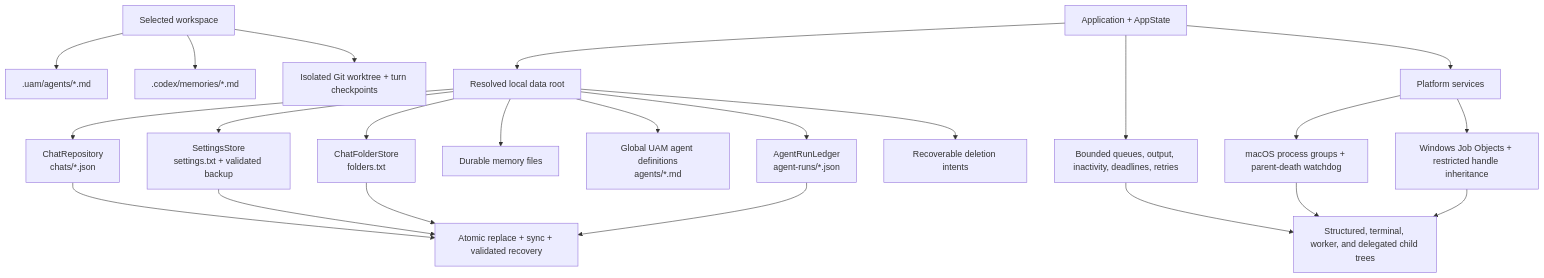
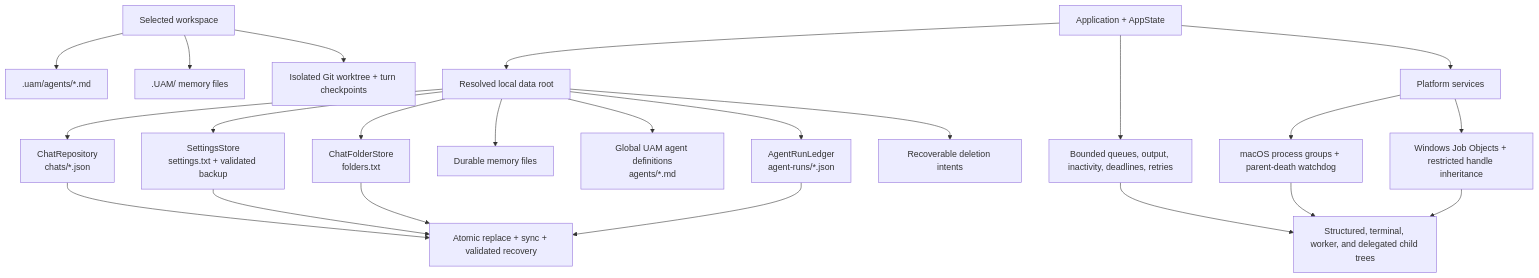
One commit to davidtaylor6130/Universal-Agent-Manager changed the diagram in docs/architecture/architecture_2.mmd. Above: the diagram before and after it, drawn with Mermaid. The commit also changed 138 other files, not shown here.

```diff
--- a/docs/architecture/architecture_2.mmd
+++ b/docs/architecture/architecture_2.mmd
@@ -1,26 +1,26 @@
 flowchart TB
   APP["Application + AppState"] --> DATA["Resolved local data root"]
   DATA --> CHATS["ChatRepository\nchats/*.json"]
   DATA --> SETTINGS["SettingsStore\nsettings.txt + validated backup"]
   DATA --> FOLDERS["ChatFolderStore\nfolders.txt"]
   DATA --> MEMORY["Durable memory files"]
   DATA --> AGENTS["Global UAM agent definitions\nagents/*.md"]
   DATA --> RUNS["AgentRunLedger\nagent-runs/*.json"]
   DATA --> DELETE["Recoverable deletion intents"]
 
   WORKSPACE["Selected workspace"] --> WAGENTS[".uam/agents/*.md"]
-  WORKSPACE --> WMEMORY[".codex/memories/*.md"]
+  WORKSPACE --> WMEMORY[".UAM/ memory files"]
   WORKSPACE --> WORKTREE["Isolated Git worktree + turn checkpoints"]
 
   CHATS --> WRITER["Atomic replace + sync + validated recovery"]
   SETTINGS --> WRITER
   FOLDERS --> WRITER
   RUNS --> WRITER
 
   APP --> LIMITS["Bounded queues, output, inactivity, deadlines, retries"]
   APP --> PLATFORM["Platform services"]
   PLATFORM --> MAC["macOS process groups + parent-death watchdog"]
   PLATFORM --> WINDOWS["Windows Job Objects + restricted handle inheritance"]
   MAC --> CHILDREN["Structured, terminal, worker, and delegated child trees"]
   WINDOWS --> CHILDREN
   LIMITS --> CHILDREN
```
